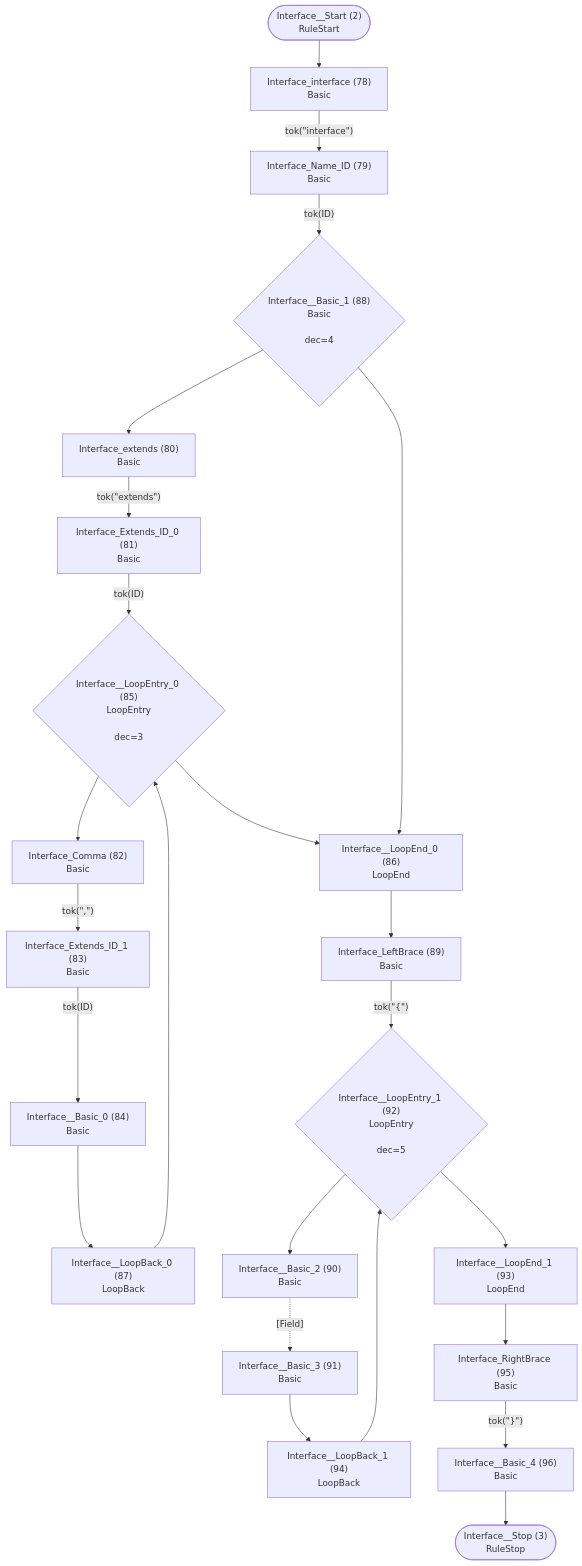
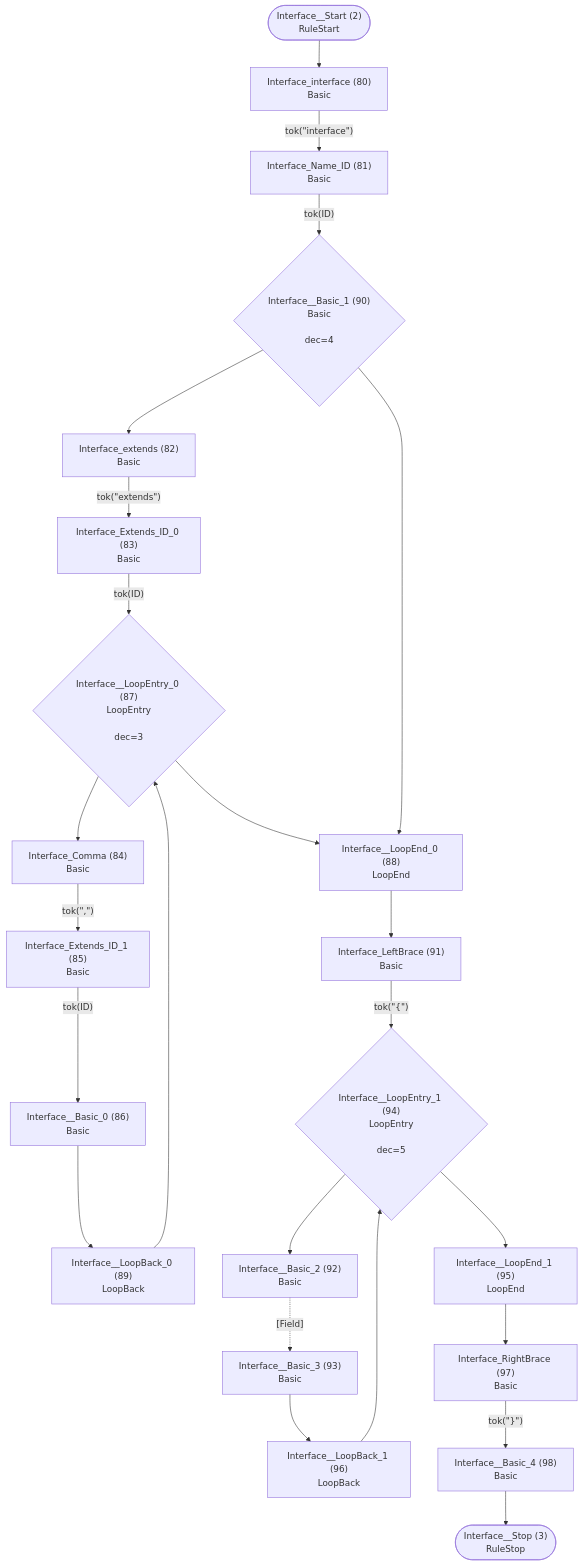
One commit to TypeFox/fastbelt changed the second of 29 diagrams in internal/grammar/atn.md. Above: the diagram before and after it, drawn with Mermaid. The commit also changed other lines of this file and 13 other files, not shown here.

````diff
--- a/internal/grammar/atn.md
+++ b/internal/grammar/atn.md
@@ -66,48 +66,48 @@
 ```mermaid
 flowchart TD
     q2(["Interface__Start (2)<br/>RuleStart"])
     q3(["Interface__Stop (3)<br/>RuleStop"])
-    q78["Interface_interface (78)<br/>Basic<br/>"]
-    q79["Interface_Name_ID (79)<br/>Basic<br/>"]
-    q80["Interface_extends (80)<br/>Basic<br/>"]
-    q81["Interface_Extends_ID_0 (81)<br/>Basic<br/>"]
-    q82["Interface_Comma (82)<br/>Basic<br/>"]
-    q83["Interface_Extends_ID_1 (83)<br/>Basic<br/>"]
-    q84["Interface__Basic_0 (84)<br/>Basic<br/>"]
-    q85{"Interface__LoopEntry_0 (85)<br/>LoopEntry<br/><br/>dec=3"}
-    q86["Interface__LoopEnd_0 (86)<br/>LoopEnd<br/>"]
-    q87["Interface__LoopBack_0 (87)<br/>LoopBack<br/>"]
-    q88{"Interface__Basic_1 (88)<br/>Basic<br/><br/>dec=4"}
-    q89["Interface_LeftBrace (89)<br/>Basic<br/>"]
-    q90["Interface__Basic_2 (90)<br/>Basic<br/>"]
-    q91["Interface__Basic_3 (91)<br/>Basic<br/>"]
-    q92{"Interface__LoopEntry_1 (92)<br/>LoopEntry<br/><br/>dec=5"}
-    q93["Interface__LoopEnd_1 (93)<br/>LoopEnd<br/>"]
-    q94["Interface__LoopBack_1 (94)<br/>LoopBack<br/>"]
-    q95["Interface_RightBrace (95)<br/>Basic<br/>"]
-    q96["Interface__Basic_4 (96)<br/>Basic<br/>"]
+    q80["Interface_interface (80)<br/>Basic<br/>"]
+    q81["Interface_Name_ID (81)<br/>Basic<br/>"]
+    q82["Interface_extends (82)<br/>Basic<br/>"]
+    q83["Interface_Extends_ID_0 (83)<br/>Basic<br/>"]
+    q84["Interface_Comma (84)<br/>Basic<br/>"]
+    q85["Interface_Extends_ID_1 (85)<br/>Basic<br/>"]
+    q86["Interface__Basic_0 (86)<br/>Basic<br/>"]
+    q87{"Interface__LoopEntry_0 (87)<br/>LoopEntry<br/><br/>dec=3"}
+    q88["Interface__LoopEnd_0 (88)<br/>LoopEnd<br/>"]
+    q89["Interface__LoopBack_0 (89)<br/>LoopBack<br/>"]
+    q90{"Interface__Basic_1 (90)<br/>Basic<br/><br/>dec=4"}
+    q91["Interface_LeftBrace (91)<br/>Basic<br/>"]
+    q92["Interface__Basic_2 (92)<br/>Basic<br/>"]
+    q93["Interface__Basic_3 (93)<br/>Basic<br/>"]
+    q94{"Interface__LoopEntry_1 (94)<br/>LoopEntry<br/><br/>dec=5"}
+    q95["Interface__LoopEnd_1 (95)<br/>LoopEnd<br/>"]
+    q96["Interface__LoopBack_1 (96)<br/>LoopBack<br/>"]
+    q97["Interface_RightBrace (97)<br/>Basic<br/>"]
+    q98["Interface__Basic_4 (98)<br/>Basic<br/>"]
 
-    q2 --> q78
-    q78 -->|"tok(&quot;interface&quot;)"| q79
-    q79 -->|"tok(ID)"| q88
-    q80 -->|"tok(&quot;extends&quot;)"| q81
-    q81 -->|"tok(ID)"| q85
-    q82 -->|"tok(&quot;,&quot;)"| q83
-    q83 -->|"tok(ID)"| q84
-    q84 --> q87
-    q85 --> q82
-    q85 --> q86
+    q2 --> q80
+    q80 -->|"tok(&quot;interface&quot;)"| q81
+    q81 -->|"tok(ID)"| q90
+    q82 -->|"tok(&quot;extends&quot;)"| q83
+    q83 -->|"tok(ID)"| q87
+    q84 -->|"tok(&quot;,&quot;)"| q85
+    q85 -->|"tok(ID)"| q86
     q86 --> q89
-    q87 --> q85
-    q88 --> q80
-    q88 --> q86
-    q89 -->|"tok(&quot;{&quot;)"| q92
-    q90 -.->|"[Field]"| q91
-    q91 --> q94
-    q92 --> q90
-    q92 --> q93
-    q93 --> q95
+    q87 --> q84
+    q87 --> q88
+    q88 --> q91
+    q89 --> q87
+    q90 --> q82
+    q90 --> q88
+    q91 -->|"tok(&quot;{&quot;)"| q94
+    q92 -.->|"[Field]"| q93
+    q93 --> q96
     q94 --> q92
-    q95 -->|"tok(&quot;}&quot;)"| q96
-    q96 --> q3
+    q94 --> q95
+    q95 --> q97
+    q96 --> q94
+    q97 -->|"tok(&quot;}&quot;)"| q98
+    q98 --> q3
 ```
````
